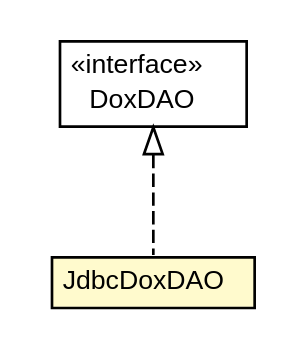
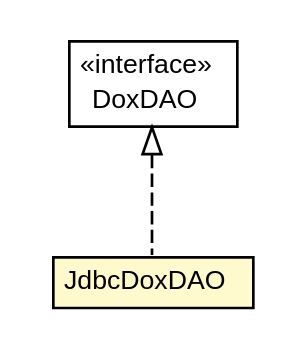
The diagram in doxdb-core/apidocs/net/trajano/doxdb/jdbc/JdbcDoxDAO.dot (trajano/doxdb), drawn with Graphviz before and after one commit. The commit also changed 257 other files, not shown here.

```diff
--- a/doxdb-core/apidocs/net/trajano/doxdb/jdbc/JdbcDoxDAO.dot
+++ b/doxdb-core/apidocs/net/trajano/doxdb/jdbc/JdbcDoxDAO.dot
@@ -1,27 +1,27 @@
 #!/usr/local/bin/dot
 #
 # Class diagram 
 # Generated by UMLGraph version R5_6-24-gf6e263 (http://www.umlgraph.org/)
 #
 
 digraph G {
-	edge [fontname="Helvetica",fontsize=10,labelfontname="Helvetica",labelfontsize=10];
-	node [fontname="Helvetica",fontsize=10,shape=plaintext];
+	edge [fontname="arial",fontsize=10,labelfontname="arial",labelfontsize=10];
+	node [fontname="arial",fontsize=10,shape=plaintext];
 	nodesep=0.25;
 	ranksep=0.5;
+	// net.trajano.doxdb.jdbc.JdbcDoxDAO
+	c485 [label=<<table title="net.trajano.doxdb.jdbc.JdbcDoxDAO" border="0" cellborder="1" cellspacing="0" cellpadding="2" port="p" bgcolor="lemonChiffon" href="./JdbcDoxDAO.html">
+		<tr><td><table border="0" cellspacing="0" cellpadding="1">
+<tr><td align="center" balign="center"> JdbcDoxDAO </td></tr>
+		</table></td></tr>
+		</table>>, URL="./JdbcDoxDAO.html", fontname="arial", fontcolor="black", fontsize=10.0];
 	// net.trajano.doxdb.jdbc.DoxDAO
-	c456 [label=<<table title="net.trajano.doxdb.jdbc.DoxDAO" border="0" cellborder="1" cellspacing="0" cellpadding="2" port="p" href="./DoxDAO.html">
+	c486 [label=<<table title="net.trajano.doxdb.jdbc.DoxDAO" border="0" cellborder="1" cellspacing="0" cellpadding="2" port="p" href="./DoxDAO.html">
 		<tr><td><table border="0" cellspacing="0" cellpadding="1">
 <tr><td align="center" balign="center"> &#171;interface&#187; </td></tr>
 <tr><td align="center" balign="center"> DoxDAO </td></tr>
 		</table></td></tr>
-		</table>>, URL="./DoxDAO.html", fontname="Helvetica", fontcolor="black", fontsize=10.0];
-	// net.trajano.doxdb.jdbc.JdbcDoxDAO
-	c457 [label=<<table title="net.trajano.doxdb.jdbc.JdbcDoxDAO" border="0" cellborder="1" cellspacing="0" cellpadding="2" port="p" bgcolor="lemonChiffon" href="./JdbcDoxDAO.html">
-		<tr><td><table border="0" cellspacing="0" cellpadding="1">
-<tr><td align="center" balign="center"> JdbcDoxDAO </td></tr>
-		</table></td></tr>
-		</table>>, URL="./JdbcDoxDAO.html", fontname="Helvetica", fontcolor="black", fontsize=10.0];
+		</table>>, URL="./DoxDAO.html", fontname="arial", fontcolor="black", fontsize=10.0];
 	//net.trajano.doxdb.jdbc.JdbcDoxDAO implements net.trajano.doxdb.jdbc.DoxDAO
-	c456:p -> c457:p [dir=back,arrowtail=empty,style=dashed];
+	c486:p -> c485:p [dir=back,arrowtail=empty,style=dashed];
 }
```
